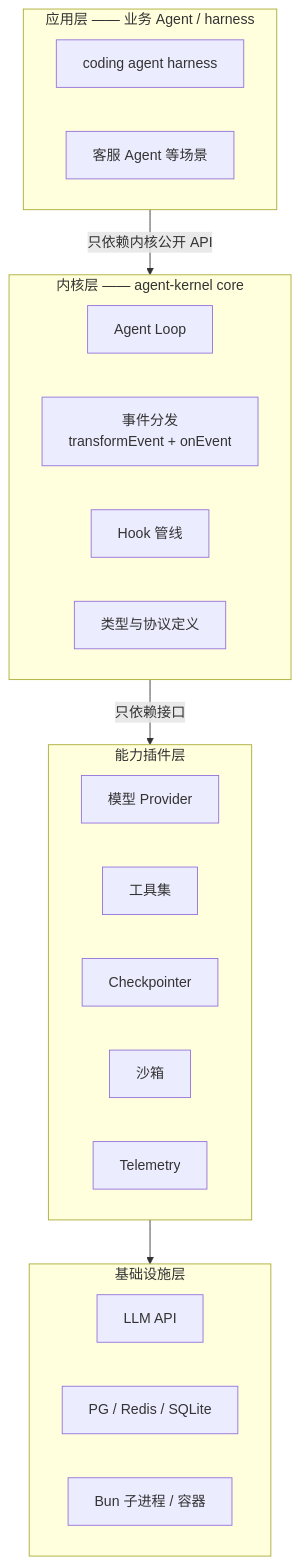
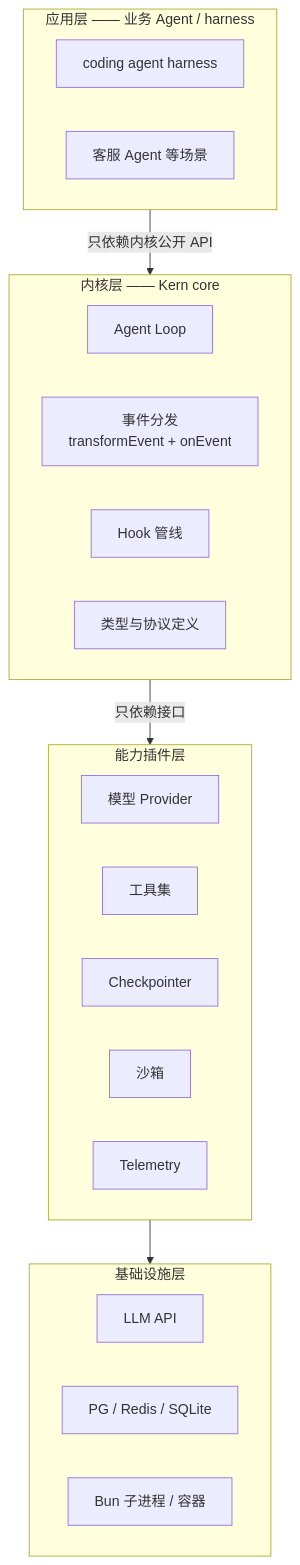
Before and after one commit to belos-street/kb-vault: the second of 2 diagrams in src/artificial-intelligence/agent/agent-kernel/doc/01-总体架构设计.md, drawn with Mermaid. The commit also changed other lines of this file and 47 other files, not shown here.

Commit message:
feat: 新增 agent-kernel spikes 目录及核心实现文件

````diff
--- a/src/artificial-intelligence/agent/agent-kernel/doc/01-总体架构设计.md
+++ b/src/artificial-intelligence/agent/agent-kernel/doc/01-总体架构设计.md
@@ -118,28 +123,28 @@
 ```mermaid
 graph TB
-    subgraph L1[应用层 —— 业务 Agent / harness]
+    subgraph APP[应用层 —— 业务 Agent / harness]
         A1[coding agent harness]
         A2[客服 Agent 等场景]
     end
-    subgraph L2[内核层 —— agent-kernel core]
+    subgraph CORE[内核层 —— Kern core]
         B1[Agent Loop]
         B2[事件分发<br/>transformEvent + onEvent]
         B3[Hook 管线]
         B4[类型与协议定义]
     end
-    subgraph L3[能力插件层]
+    subgraph PLUGINS[能力插件层]
         C1[模型 Provider]
         C2[工具集]
         C3[Checkpointer]
         C4[沙箱]
         C5[Telemetry]
     end
-    subgraph L4[基础设施层]
+    subgraph INFRA[基础设施层]
         D1[LLM API]
         D2[PG / Redis / SQLite]
         D3[Bun 子进程 / 容器]
     end
-    L1 -->|只依赖内核公开 API| L2
-    L2 -->|只依赖接口| L3
-    L3 --> L4
+    APP -->|只依赖内核公开 API| CORE
+    CORE -->|只依赖接口| PLUGINS
+    PLUGINS --> INFRA
 ```
````
